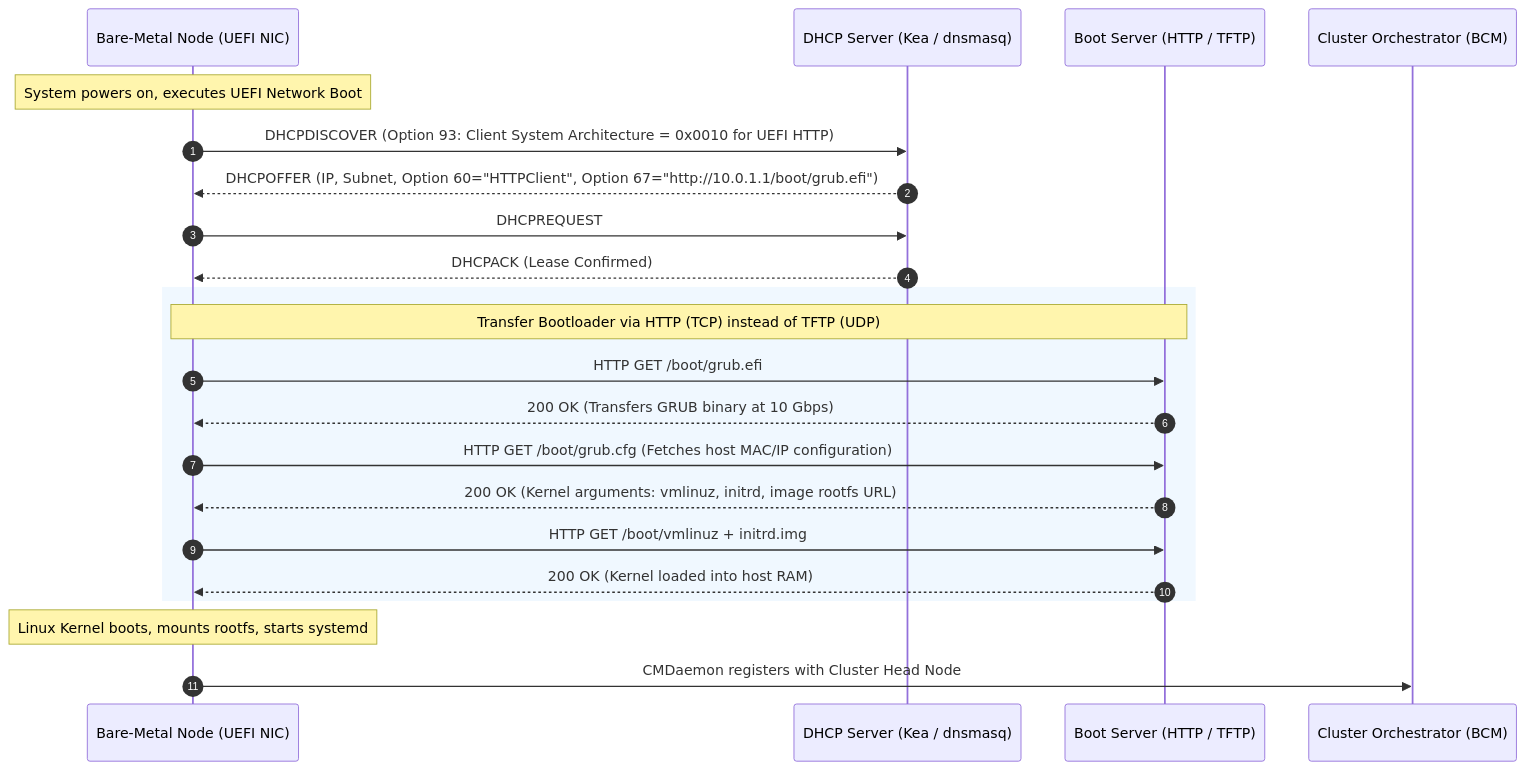
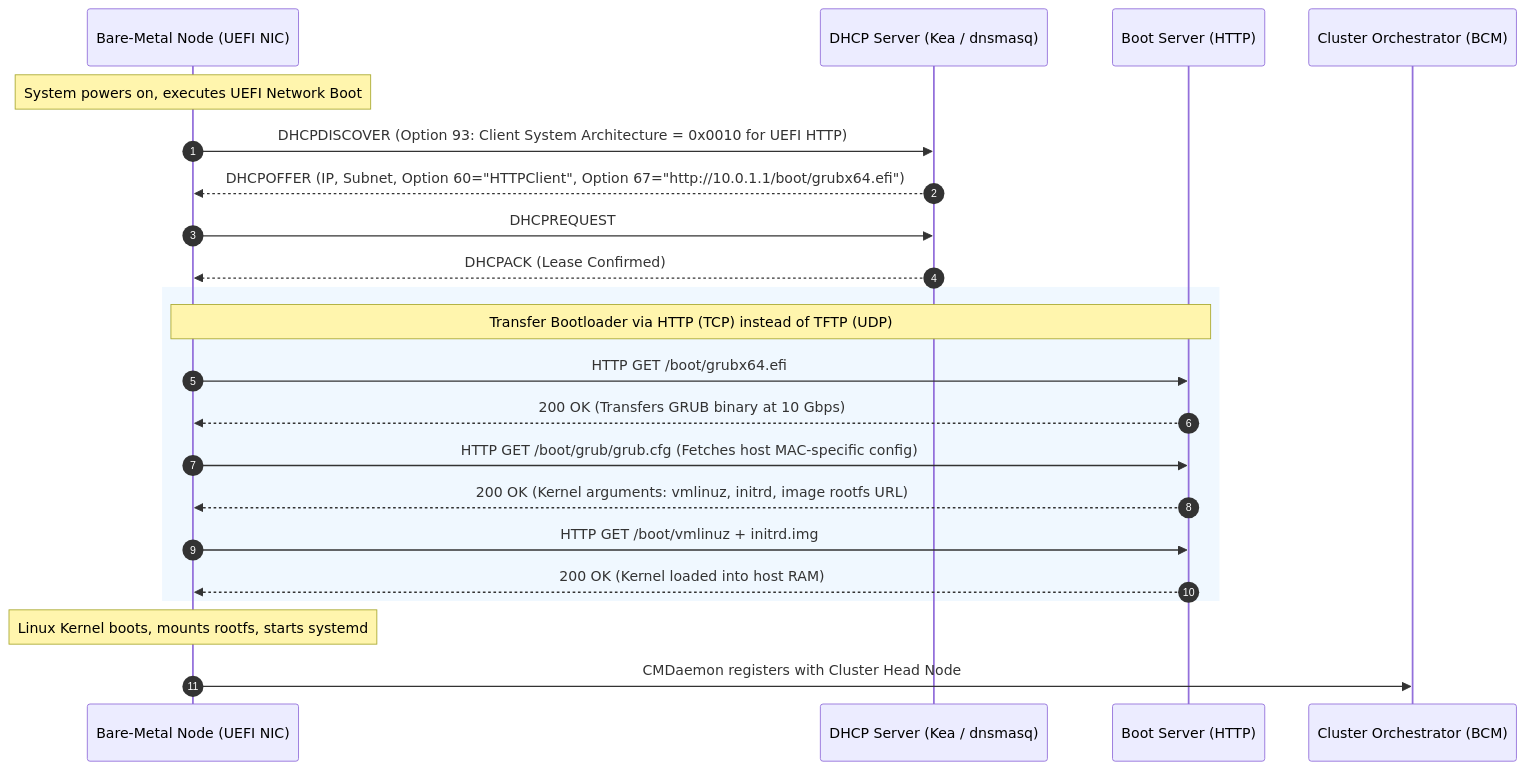
One commit to jithinpnjm/nvidia-devops changed the second of 2 diagrams in docs/volume-10/01-bare-metal-and-bmc-lifecycle.md. Above: the diagram before and after it, drawn with Mermaid. The commit also changed other lines of this file and 11 other files, not shown here.

````diff
--- a/docs/volume-10/01-bare-metal-and-bmc-lifecycle.md
+++ b/docs/volume-10/01-bare-metal-and-bmc-lifecycle.md
@@ -310,27 +678,27 @@
 ```mermaid
 sequenceDiagram
     autonumber
     participant Node as Bare-Metal Node (UEFI NIC)
     participant DHCP as DHCP Server (Kea / dnsmasq)
-    participant TFTP_HTTP as Boot Server (HTTP / TFTP)
+    participant TFTP_HTTP as Boot Server (HTTP)
     participant BCM as Cluster Orchestrator (BCM)
 
     Note over Node: System powers on, executes UEFI Network Boot
     Node->>DHCP: DHCPDISCOVER (Option 93: Client System Architecture = 0x0010 for UEFI HTTP)
-    DHCP-->>Node: DHCPOFFER (IP, Subnet, Option 60="HTTPClient", Option 67="http://10.0.1.1/boot/grub.efi")
+    DHCP-->>Node: DHCPOFFER (IP, Subnet, Option 60="HTTPClient", Option 67="http://10.0.1.1/boot/grubx64.efi")
     Node->>DHCP: DHCPREQUEST
     DHCP-->>Node: DHCPACK (Lease Confirmed)
     
     rect rgb(240, 248, 255)
     Note over Node,TFTP_HTTP: Transfer Bootloader via HTTP (TCP) instead of TFTP (UDP)
-    Node->>TFTP_HTTP: HTTP GET /boot/grub.efi
+    Node->>TFTP_HTTP: HTTP GET /boot/grubx64.efi
     TFTP_HTTP-->>Node: 200 OK (Transfers GRUB binary at 10 Gbps)
-    Node->>TFTP_HTTP: HTTP GET /boot/grub.cfg (Fetches host MAC/IP configuration)
+    Node->>TFTP_HTTP: HTTP GET /boot/grub/grub.cfg (Fetches host MAC-specific config)
     TFTP_HTTP-->>Node: 200 OK (Kernel arguments: vmlinuz, initrd, image rootfs URL)
     Node->>TFTP_HTTP: HTTP GET /boot/vmlinuz + initrd.img
     TFTP_HTTP-->>Node: 200 OK (Kernel loaded into host RAM)
     end
     
     Note over Node: Linux Kernel boots, mounts rootfs, starts systemd
     Node->>BCM: CMDaemon registers with Cluster Head Node
 ```
````
